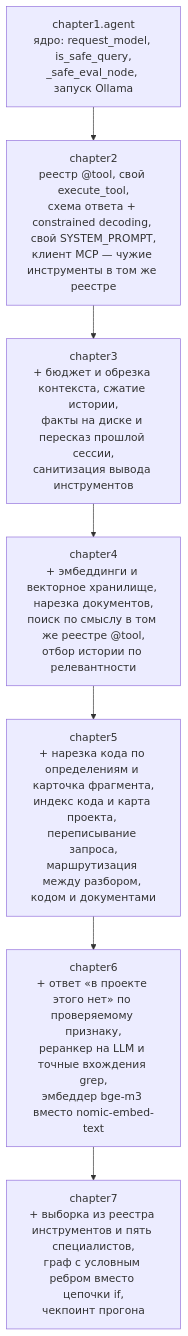
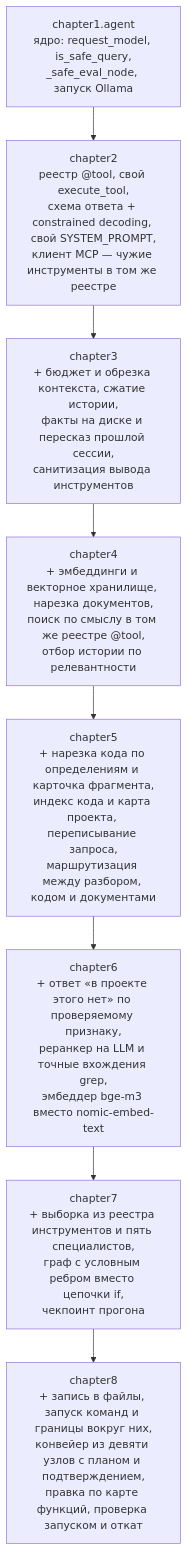
Before and after one commit to io982/firstAgent: the diagram in README.md, drawn with Mermaid. The commit also changed other lines of this file and 8 other files, not shown here.

````diff
--- a/README.md
+++ b/README.md
@@ -379,10 +391,11 @@
 ```mermaid
 graph TD
     Base["chapter1.agent<br/>ядро: request_model, is_safe_query,<br/>_safe_eval_node, запуск Ollama"]
     Base --> Ch2["chapter2<br/>реестр @tool, свой execute_tool,<br/>схема ответа + constrained decoding, свой SYSTEM_PROMPT,<br/>клиент MCP — чужие инструменты в том же реестре"]
     Ch2 --> Ch3["chapter3<br/>+ бюджет и обрезка контекста, сжатие истории,<br/>факты на диске и пересказ прошлой сессии,<br/>санитизация вывода инструментов"]
     Ch3 --> Ch4["chapter4<br/>+ эмбеддинги и векторное хранилище, нарезка документов,<br/>поиск по смыслу в том же реестре @tool,<br/>отбор истории по релевантности"]
     Ch4 --> Ch5["chapter5<br/>+ нарезка кода по определениям и карточка фрагмента,<br/>индекс кода и карта проекта, переписывание запроса,<br/>маршрутизация между разбором, кодом и документами"]
     Ch5 --> Ch6["chapter6<br/>+ ответ «в проекте этого нет» по проверяемому признаку,<br/>реранкер на LLM и точные вхождения grep,<br/>эмбеддер bge-m3 вместо nomic-embed-text"]
     Ch6 --> Ch7["chapter7<br/>+ выборка из реестра инструментов и пять специалистов,<br/>граф с условным ребром вместо цепочки if,<br/>чекпоинт прогона"]
+    Ch7 --> Ch8["chapter8<br/>+ запись в файлы, запуск команд и границы вокруг них,<br/>конвейер из девяти узлов с планом и подтверждением,<br/>правка по карте функций, проверка запуском и откат"]
 ```
````
